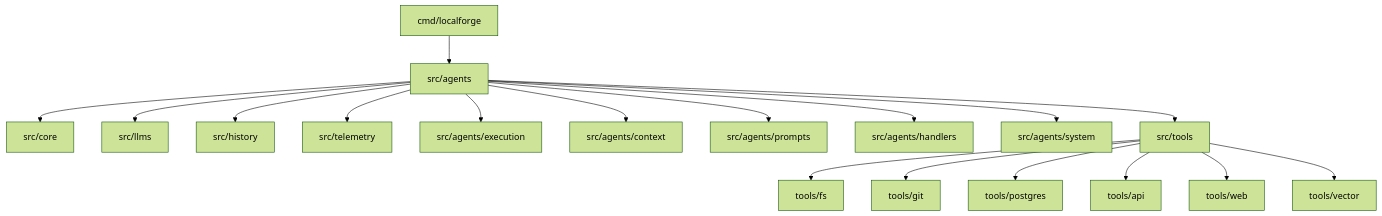
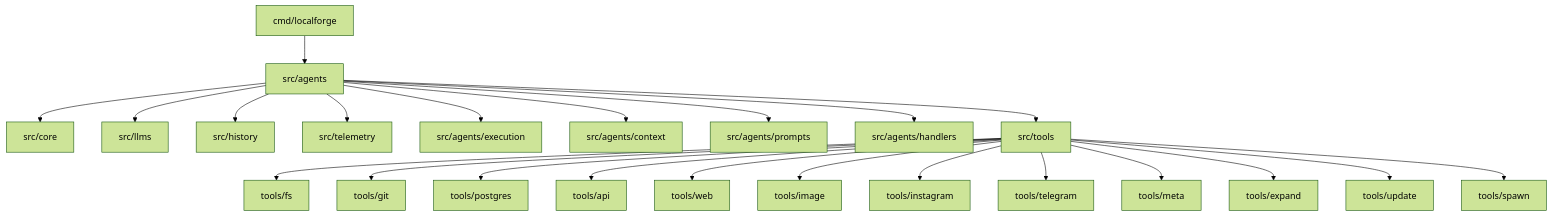
One commit to thinktwiceco/agent-forge changed the diagram in docs/agents/architecture.md. Above: the diagram before and after it, drawn with Mermaid (forest theme). The commit also changed other lines of this file and 242 other files, not shown here.

````diff
--- a/docs/agents/architecture.md
+++ b/docs/agents/architecture.md
@@ -5,21 +5,26 @@
 ```mermaid
 graph TB
     cmd[cmd/localforge] --> agents[src/agents]
     agents --> core[src/core]
     agents --> llms[src/llms]
     agents --> history[src/history]
     agents --> telemetry[src/telemetry]
     agents --> execution[src/agents/execution]
     agents --> context[src/agents/context]
     agents --> prompts[src/agents/prompts]
     agents --> handlers[src/agents/handlers]
-    agents --> system[src/agents/system]
     agents --> tools[src/tools]
     
     tools --> fs[tools/fs]
     tools --> git[tools/git]
     tools --> postgres[tools/postgres]
     tools --> api[tools/api]
     tools --> web[tools/web]
-    tools --> vector[tools/vector]
+    tools --> image[tools/image]
+    tools --> instagram[tools/instagram]
+    tools --> telegram[tools/telegram]
+    tools --> meta[tools/meta]
+    tools --> expand[tools/expand]
+    tools --> update[tools/update]
+    tools --> spawn[tools/spawn]
 ```
````
